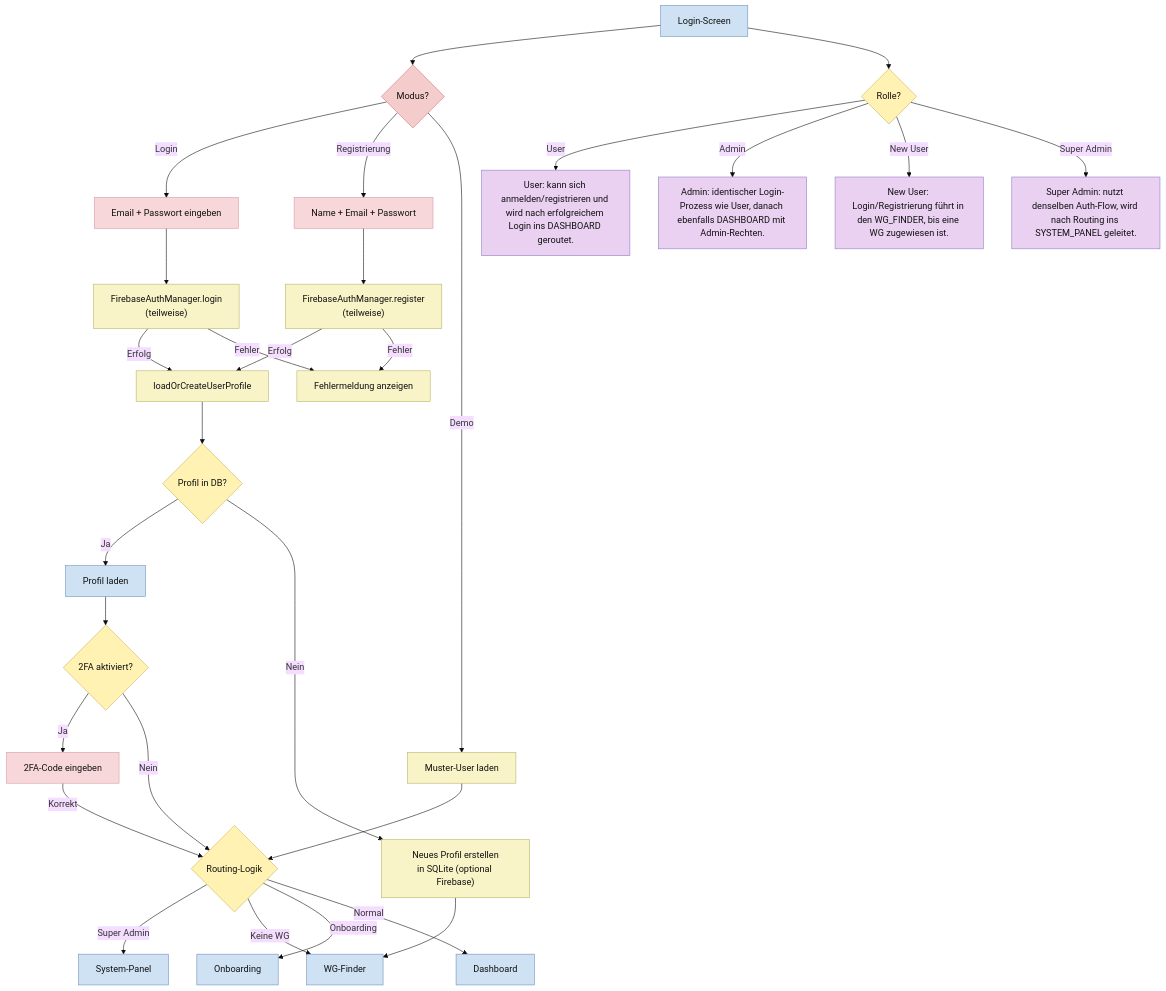
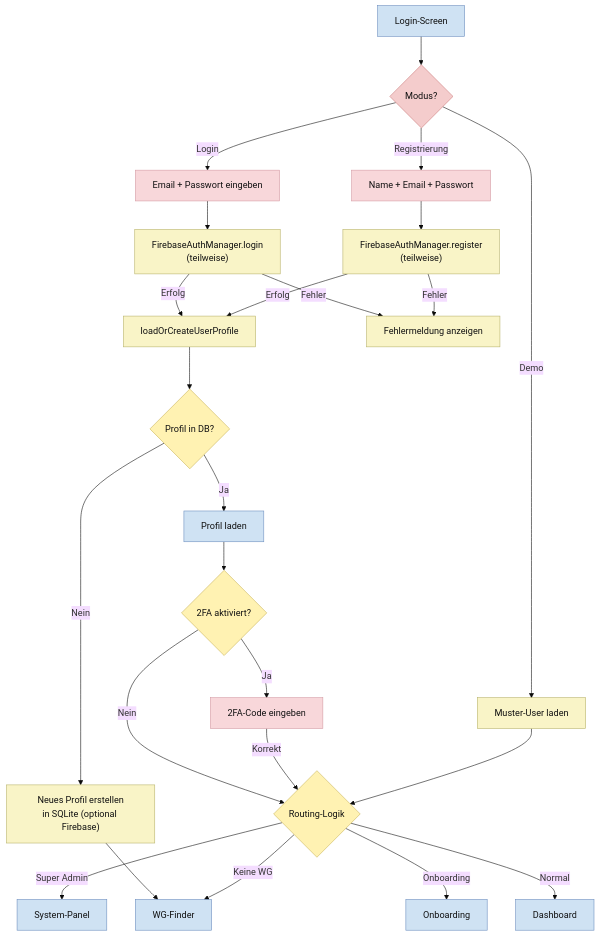
One commit to Nejy190501/WGManager changed the third of 27 diagrams in ABLAUFDIAGRAMM.md. Above: the diagram before and after it, drawn with Mermaid (base theme). The commit also changed other lines of this file, not shown here.

````diff
--- a/ABLAUFDIAGRAMM.md
+++ b/ABLAUFDIAGRAMM.md
@@ -129,59 +116,46 @@
 ```mermaid
 flowchart TD
     A["Login-Screen"] --> B{"Modus?"}
     B -->|Login| C["Email + Passwort eingeben"]
     B -->|Registrierung| D["Name + Email + Passwort"]
     B -->|Demo| E["Muster-User laden"]
-    
+
     C --> F["FirebaseAuthManager.login<br/>(teilweise)"]
     F -->|Erfolg| G["loadOrCreateUserProfile"]
     F -->|Fehler| H["Fehlermeldung anzeigen"]
-    
+
     D --> I["FirebaseAuthManager.register<br/>(teilweise)"]
     I -->|Erfolg| G
     I -->|Fehler| H
-    
+
     G --> J{"Profil in DB?"}
     J -->|Ja| K["Profil laden"]
     J -->|Nein| L["Neues Profil erstellen<br/>in SQLite (optional Firebase)"]
-    
+
     K --> M{"2FA aktiviert?"}
     L --> N["WG-Finder"]
     M -->|Ja| O["2FA-Code eingeben"]
     M -->|Nein| P{"Routing-Logik"}
     O -->|Korrekt| P
     P -->|Super Admin| Q["System-Panel"]
     P -->|Keine WG| N
     P -->|Onboarding| R["Onboarding"]
     P -->|Normal| S["Dashboard"]
-    
+
     E --> P
-
-
-    A --> RLQ{"Rolle?"}
-    RLU["User: kann sich anmelden/registrieren und wird nach erfolgreichem Login ins DASHBOARD geroutet."]
-    RLA["Admin: identischer Login-Prozess wie User, danach ebenfalls DASHBOARD mit Admin-Rechten."]
-    RLN["New User: Login/Registrierung führt in den WG_FINDER, bis eine WG zugewiesen ist."]
-    RLS["Super Admin: nutzt denselben Auth-Flow, wird nach Routing ins SYSTEM_PANEL geleitet."]
-    RLQ -->|User| RLU
-    RLQ -->|Admin| RLA
-    RLQ -->|New User| RLN
-    RLQ -->|Super Admin| RLS
 
     classDef userAction fill:#ead1f2,stroke:#8e7cc3,color:#111;
     classDef systemAction fill:#f9f4c7,stroke:#b7b26a,color:#111;
     classDef userDecision fill:#f4cccc,stroke:#cc7a7a,color:#111;
     classDef systemDecision fill:#fff2b2,stroke:#c9b458,color:#111;
     classDef button fill:#f4a6a6,stroke:#c97b7b,color:#111;
     classDef userInput fill:#f8d7da,stroke:#d49aa2,color:#111;
     classDef screen fill:#cfe2f3,stroke:#6c8ebf,color:#111;
 
     class E systemAction;
     class F,G,H,I,L systemAction;
     class B userDecision;
     class J,M,P systemDecision;
     class C,D,O userInput;
     class A,K,N,Q,R,S screen;
-    class RLQ systemDecision;
-    class RLU,RLA,RLN,RLS userAction;
 ```
````
